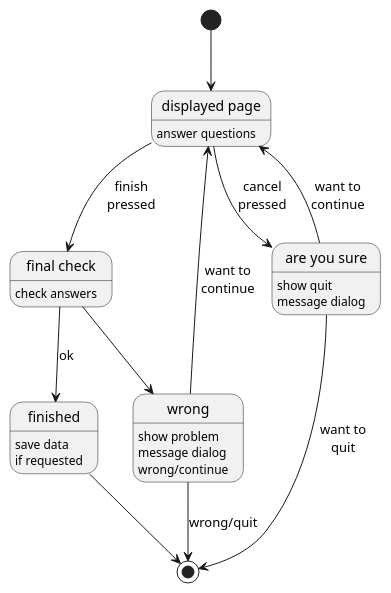
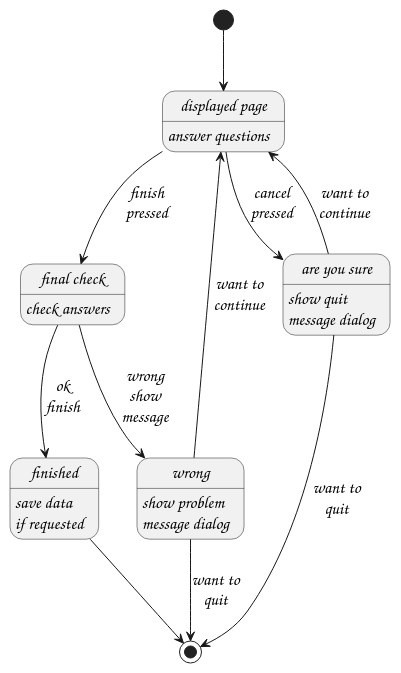
Before and after one commit to MARTIMM/question-answer: the second of 3 diagrams in doc/design.md, drawn with PlantUML. The commit also changed other lines of this file, not shown here.

Commit message:
nice diagrams

````diff
--- a/doc/design.md
+++ b/doc/design.md
@@ -190,25 +190,41 @@
 ```plantuml
 @startuml
 hide empty description
+
+skinparam DefaultFontSize 17
+skinparam DefaultFontName "z003"
+'skinparam StateMessageAlignment left
+'skinparam DefaultTextAlignment middle
+skinparam StateStartColor #a0a0a0
+'skinparam StateAttributeFontColor
+'skinparam StateAttributeFontName
+'skinparam StateAttributeFontSize
+'skinparam StateAttributeFontStyle
+'skinparam StateBackgroundColor
+'skinparam StateBorderColor
+skinparam StateEndColor #a0a0a0
+'skinparam StateFontColor
+'skinparam StateFontName
+'skinparam StateFontSize
+'skinparam StateFontStyle
 
 state "displayed page" as dp: answer questions
 state "final check" as fc: check answers
 state "wrong" as w: show problem\nmessage dialog
 state "are you sure" as c: show quit\nmessage dialog
 
 [*] --> dp
 dp --> c: cancel\npressed
 dp --> fc: finish\npressed
-fc --> w
+fc --> w: wrong\nshow\nmessage
 w --> dp: want to\ncontinue
-w: wrong/continue
-w --> [*]: wrong/quit
-fc --> finished: ok
+w --> [*]: want to\nquit
+fc --> finished: ok\nfinish
 
 c --> dp: want to\ncontinue
 c --> [*]: want to\nquit
 finished --> [*]
 finished: save data\nif requested
 
 @enduml
 ```
````
